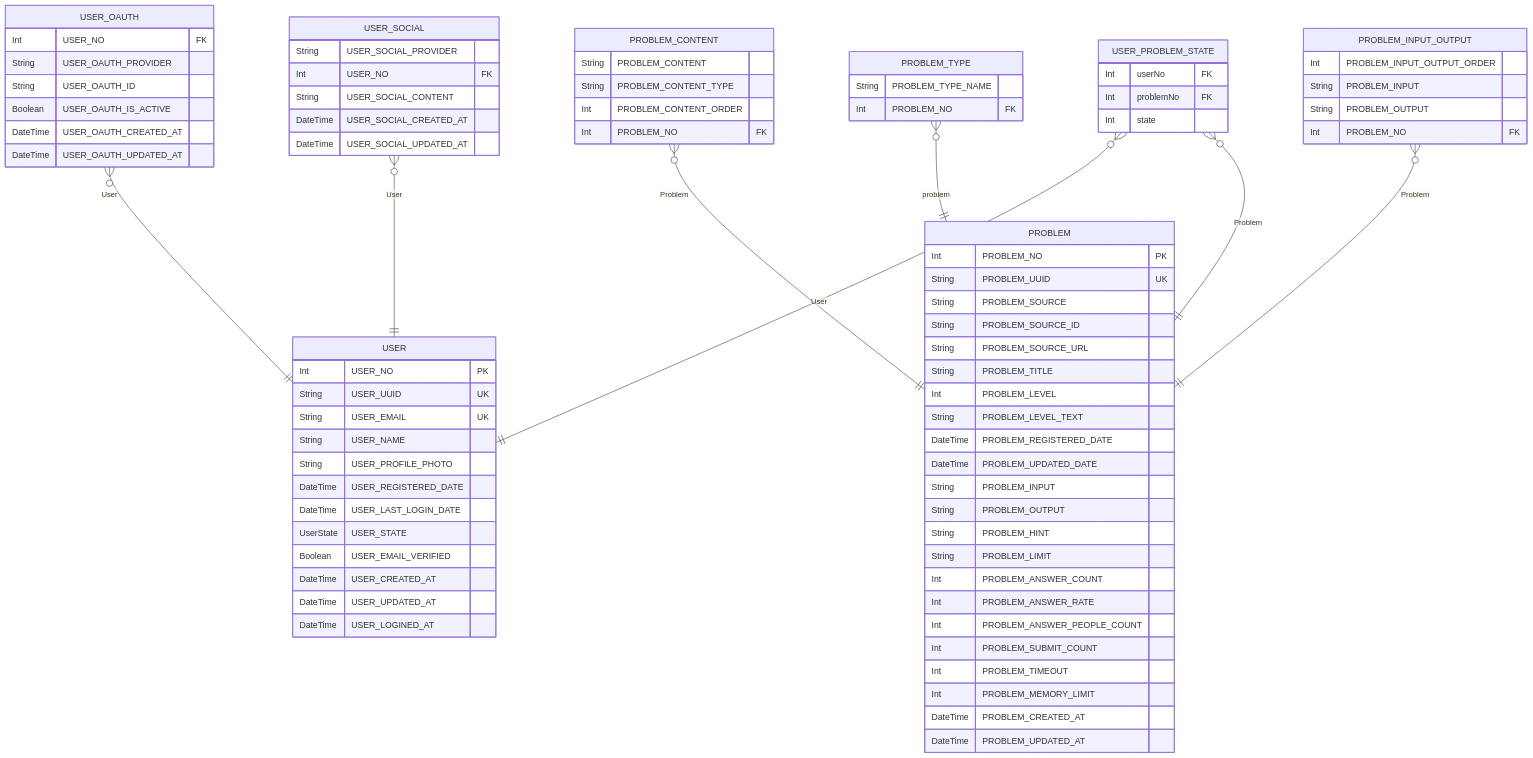
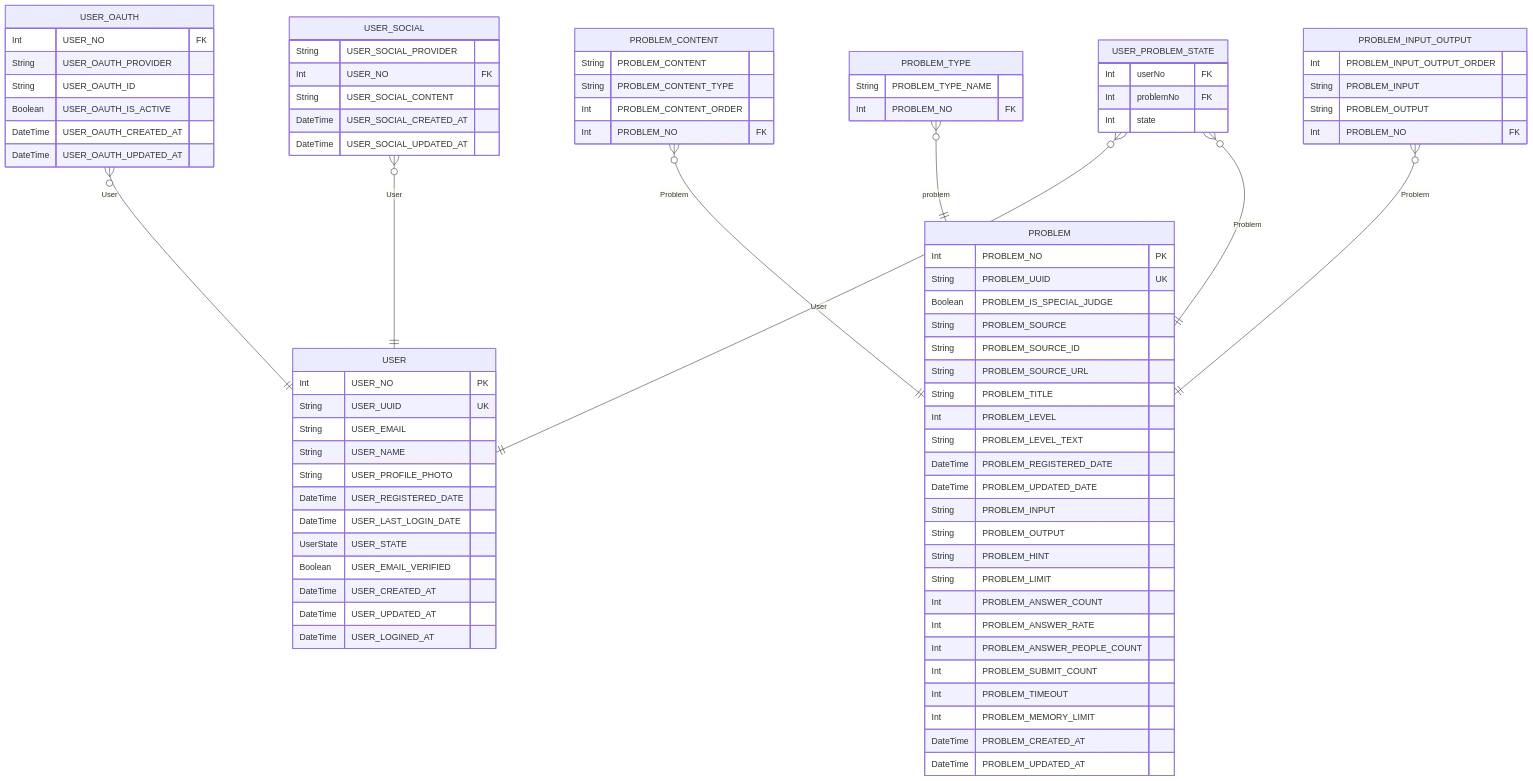
One commit to asdasfafsf/Algogo changed the diagram in libs/prisma/ERD.md. Above: the diagram before and after it, drawn with Mermaid. The commit also changed other lines of this file and 6 other files, not shown here.

```diff
--- a/libs/prisma/ERD.md
+++ b/libs/prisma/ERD.md
@@ -9,7 +9,7 @@
 "USER" {
   Int USER_NO PK
   String USER_UUID UK
-  String USER_EMAIL UK
+  String USER_EMAIL
   String USER_NAME
   String USER_PROFILE_PHOTO
   DateTime USER_REGISTERED_DATE
@@ -38,6 +38,7 @@
 "PROBLEM" {
   Int PROBLEM_NO PK
   String PROBLEM_UUID UK
+  Boolean PROBLEM_IS_SPECIAL_JUDGE
   String PROBLEM_SOURCE
   String PROBLEM_SOURCE_ID
   String PROBLEM_SOURCE_URL
```
